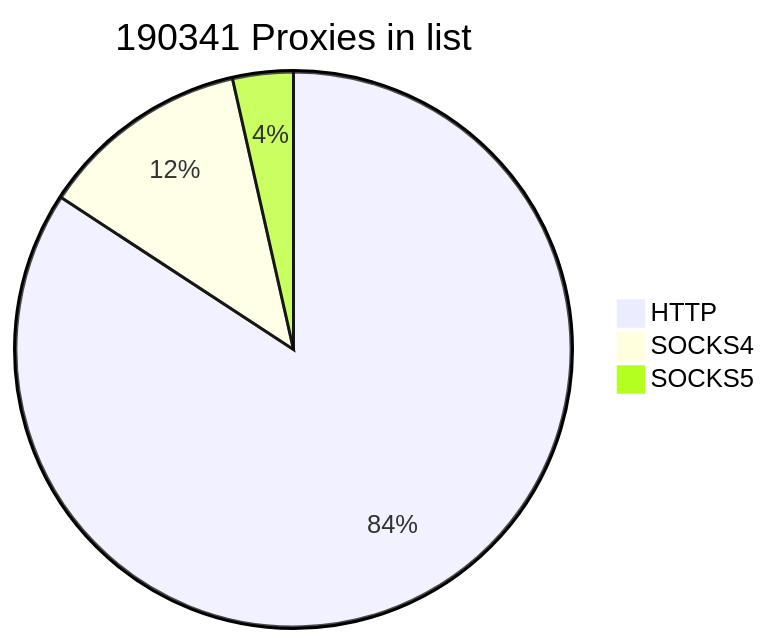
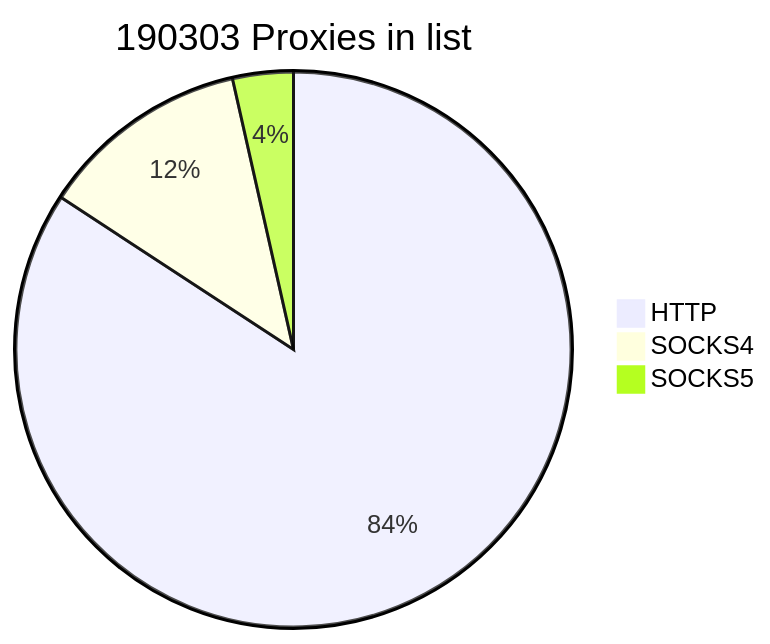
One commit to cutipu/proxylist changed the first of 2 diagrams in README.md. Above: the diagram before and after it, drawn with Mermaid. The commit also changed other lines of this file, not shown here.

````diff
--- a/README.md
+++ b/README.md
@@ -2,7 +2,7 @@
 ```mermaid
-pie title 190341 Proxies in list
-    "HTTP" : 160313
+pie title 190303 Proxies in list
+    "HTTP" : 160276
     "SOCKS4" : 23315
-    "SOCKS5" : 6713
+    "SOCKS5" : 6712
             
 ```
````
